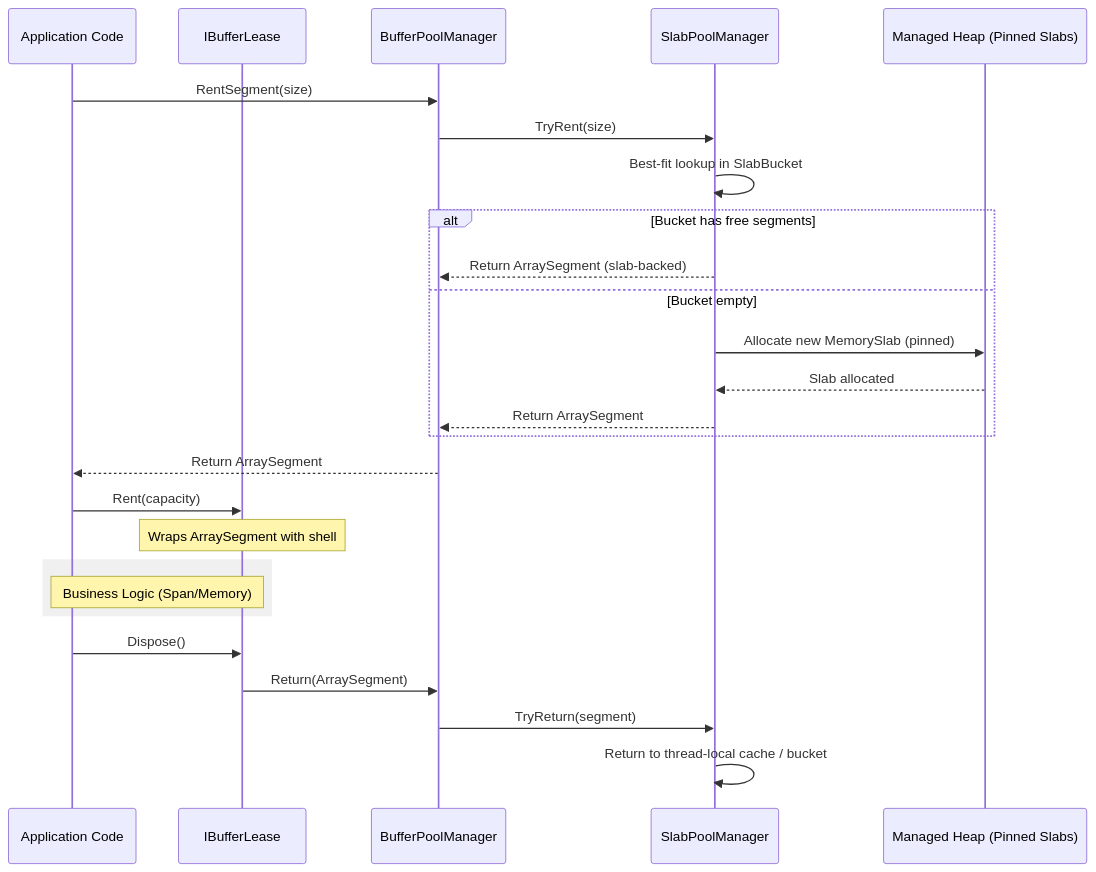
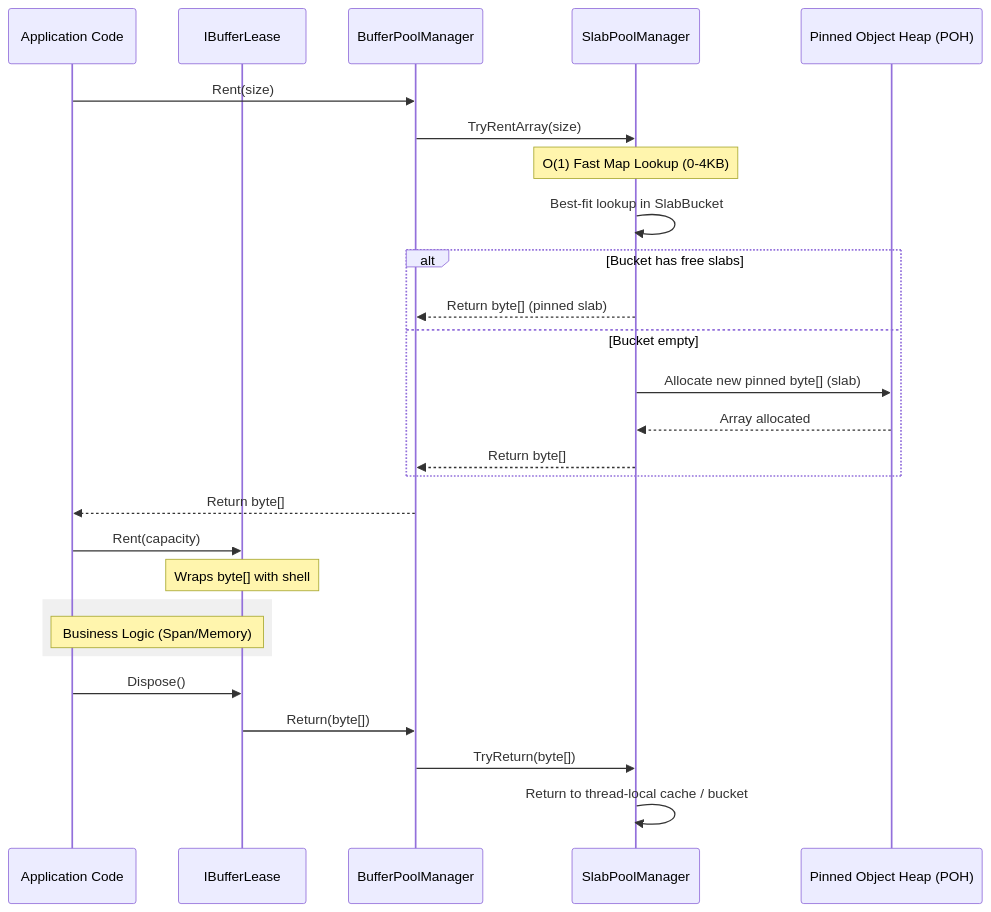
Before and after one commit to ppn-systems/Nalix: the diagram in docs/api/framework/memory/buffer-management.md, drawn with Mermaid. The commit also changed other lines of this file and 17 other files, not shown here.

First line of the commit message:
refactor: memory management to standalone pinned arrays (#97)

````diff
--- a/docs/api/framework/memory/buffer-management.md
+++ b/docs/api/framework/memory/buffer-management.md
@@ -9,33 +9,34 @@
 ```mermaid
 sequenceDiagram
     participant App as Application Code
     participant Lease as IBufferLease
     participant Manager as BufferPoolManager
     participant SlabPool as SlabPoolManager
-    participant OS as Managed Heap (Pinned Slabs)
+    participant OS as Pinned Object Heap (POH)
 
-    App->>Manager: RentSegment(size)
-    Manager->>SlabPool: TryRent(size)
+    App->>Manager: Rent(size)
+    Manager->>SlabPool: TryRentArray(size)
+    Note over SlabPool: O(1) Fast Map Lookup (0-4KB)
     SlabPool->>SlabPool: Best-fit lookup in SlabBucket
     
-    alt Bucket has free segments
-        SlabPool-->>Manager: Return ArraySegment (slab-backed)
+    alt Bucket has free slabs
+        SlabPool-->>Manager: Return byte[] (pinned slab)
     else Bucket empty
-        SlabPool->>OS: Allocate new MemorySlab (pinned)
-        OS-->>SlabPool: Slab allocated
-        SlabPool-->>Manager: Return ArraySegment
+        SlabPool->>OS: Allocate new pinned byte[] (slab)
+        OS-->>SlabPool: Array allocated
+        SlabPool-->>Manager: Return byte[]
     end
 
-    Manager-->>App: Return ArraySegment
+    Manager-->>App: Return byte[]
     App->>Lease: Rent(capacity)
-    Note over Lease: Wraps ArraySegment with shell
+    Note over Lease: Wraps byte[] with shell
     
     rect rgb(240, 240, 240)
     Note over App, Lease: Business Logic (Span/Memory)
     end
 
     App->>Lease: Dispose()
-    Lease->>Manager: Return(ArraySegment)
-    Manager->>SlabPool: TryReturn(segment)
+    Lease->>Manager: Return(byte[])
+    Manager->>SlabPool: TryReturn(byte[])
     SlabPool->>SlabPool: Return to thread-local cache / bucket
 ```
````
